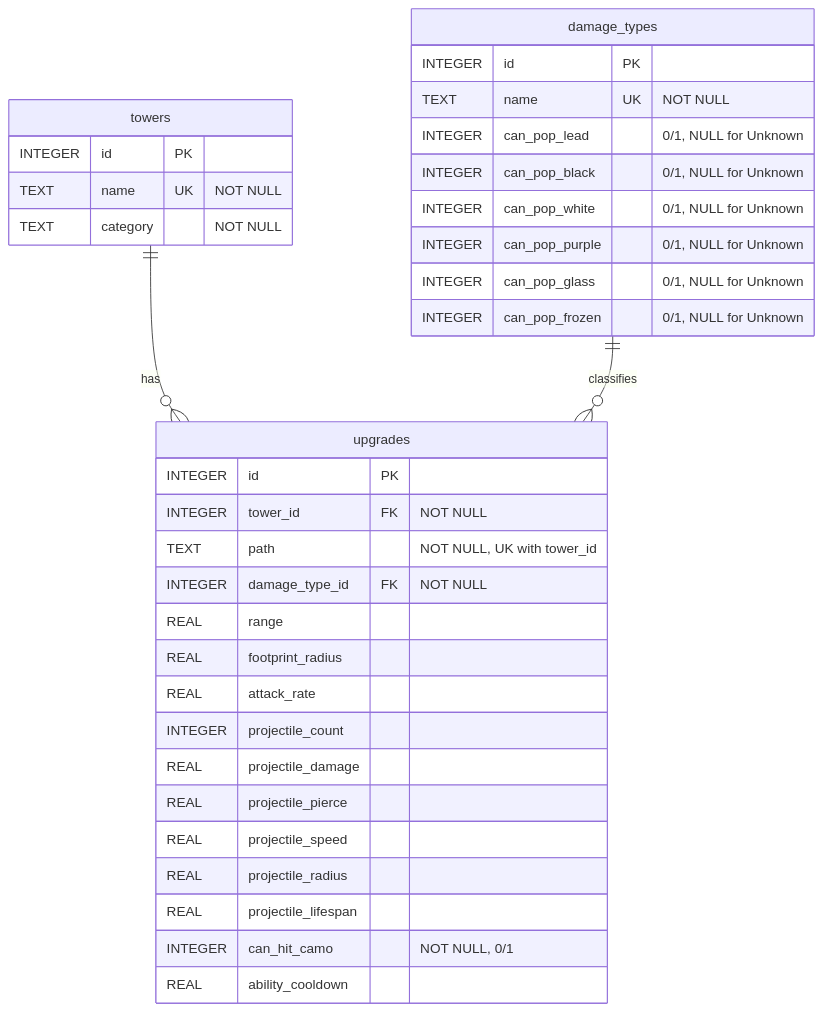
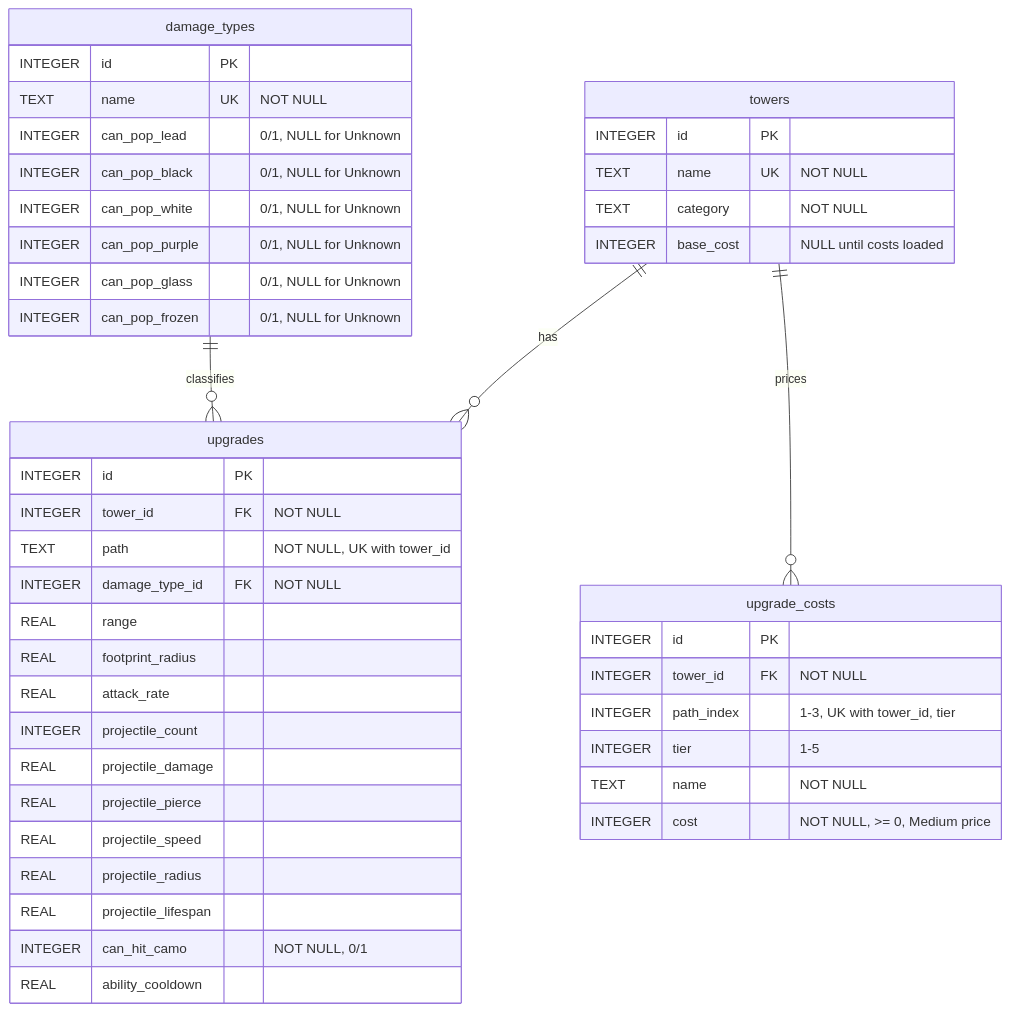
The diagram in docs/schema.md (dev-iain/BloonsTD6-Stats-Database), drawn with Mermaid before and after one commit. The commit also changed other lines of this file and 1 other file, not shown here.

Commit message:
Tighten costs migration constraints and document upgrade_costs (#97)
Adds ON DELETE CASCADE, non-negative cost CHECKs and NOT NULL name per
schema review; updates docs/schema.md decision and ER diagram.

Refs #97

````diff
--- a/docs/schema.md
+++ b/docs/schema.md
@@ -7,38 +7,48 @@
 ```mermaid
 erDiagram
     towers ||--o{ upgrades : "has"
     damage_types ||--o{ upgrades : "classifies"
+    towers ||--o{ upgrade_costs : "prices"
 
     towers {
         INTEGER id PK
         TEXT name UK "NOT NULL"
         TEXT category "NOT NULL"
+        INTEGER base_cost "NULL until costs loaded"
+    }
+    upgrade_costs {
+        INTEGER id PK
+        INTEGER tower_id FK "NOT NULL"
+        INTEGER path_index "1-3, UK with tower_id, tier"
+        INTEGER tier "1-5"
+        TEXT name "NOT NULL"
+        INTEGER cost "NOT NULL, >= 0, Medium price"
     }
     damage_types {
         INTEGER id PK
         TEXT name UK "NOT NULL"
         INTEGER can_pop_lead "0/1, NULL for Unknown"
         INTEGER can_pop_black "0/1, NULL for Unknown"
         INTEGER can_pop_white "0/1, NULL for Unknown"
         INTEGER can_pop_purple "0/1, NULL for Unknown"
         INTEGER can_pop_glass "0/1, NULL for Unknown"
         INTEGER can_pop_frozen "0/1, NULL for Unknown"
     }
     upgrades {
         INTEGER id PK
         INTEGER tower_id FK "NOT NULL"
         TEXT path "NOT NULL, UK with tower_id"
         INTEGER damage_type_id FK "NOT NULL"
         REAL range
         REAL footprint_radius
         REAL attack_rate
         INTEGER projectile_count
         REAL projectile_damage
         REAL projectile_pierce
         REAL projectile_speed
         REAL projectile_radius
         REAL projectile_lifespan
         INTEGER can_hit_camo "NOT NULL, 0/1"
         REAL ability_cooldown
     }
 ```
````
